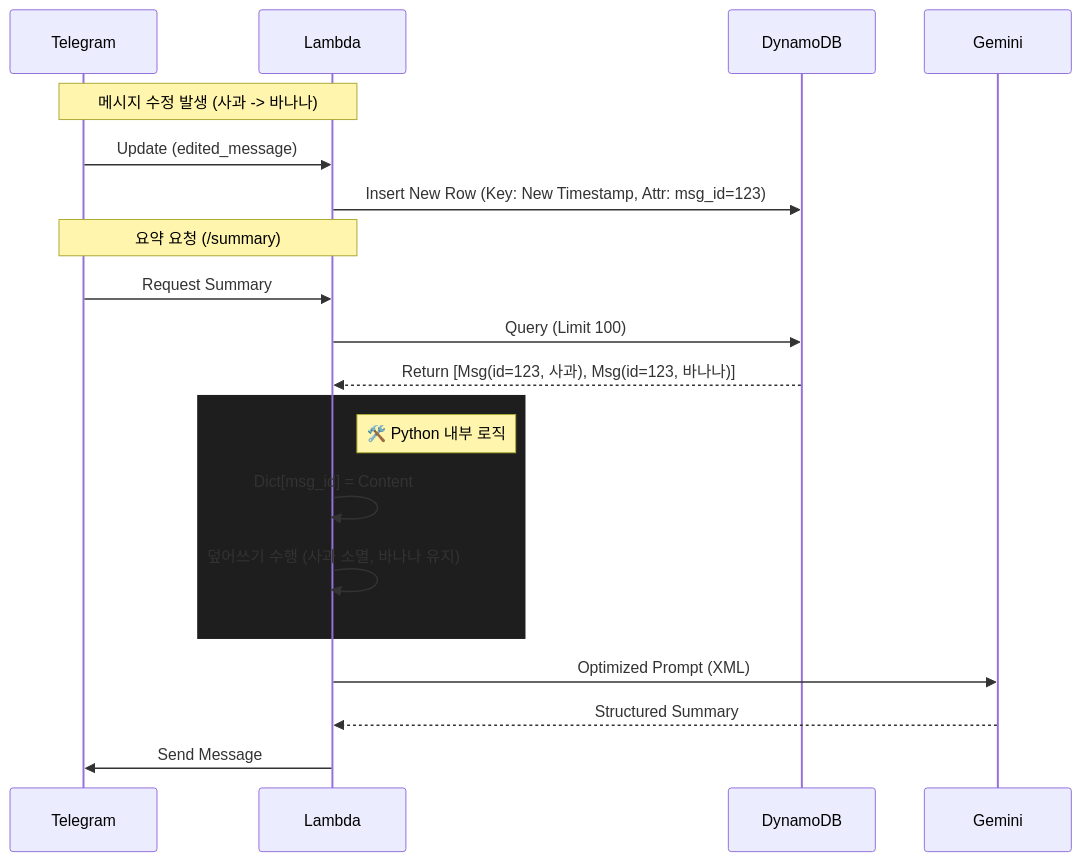
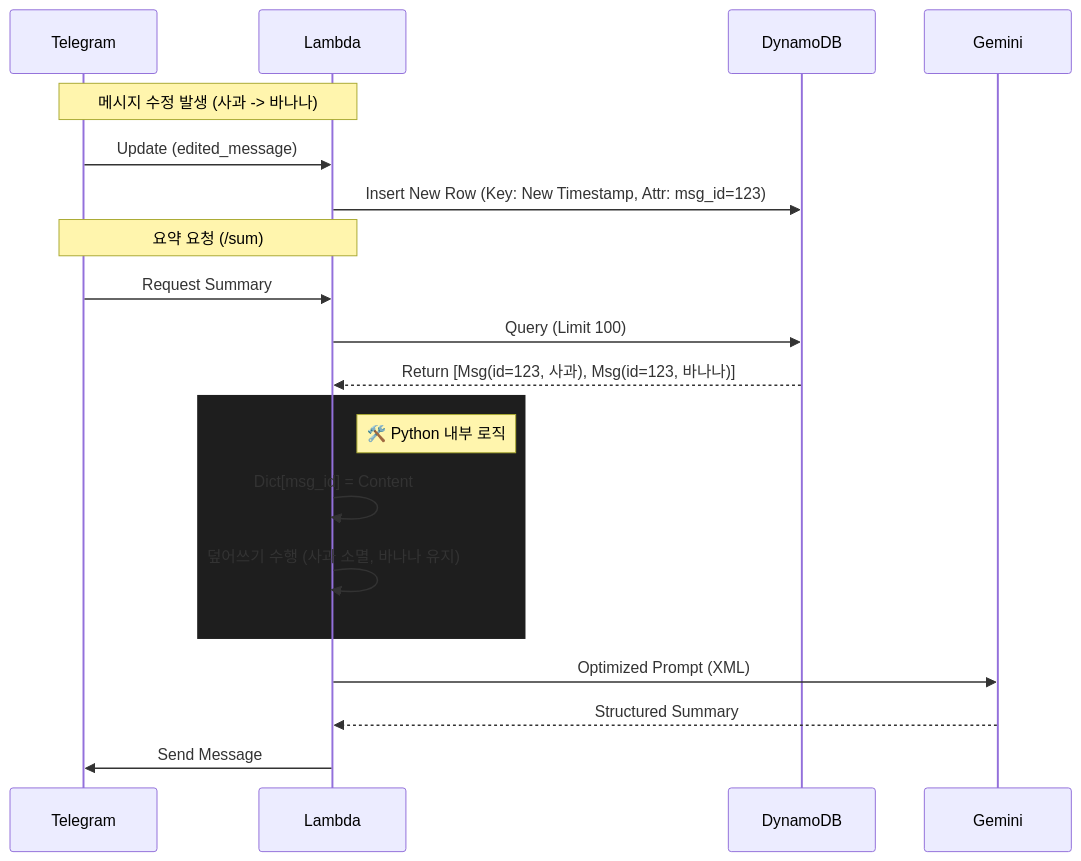
One commit to ParkSangwook-bit/telegram-summarizer-bot changed the second of 2 diagrams in README.md. Above: the diagram before and after it, drawn with Mermaid. The commit also changed other lines of this file and 2 other files, not shown here.

First line of the commit message:
feat: v1.3.0 - re-summarize buttons, media tags, /summary alias

````diff
--- a/README.md
+++ b/README.md
@@ -75,26 +77,26 @@
 ```mermaid
 sequenceDiagram
     participant T as Telegram
     participant L as Lambda
     participant D as DynamoDB
     participant G as Gemini
 
     Note over T, L: 메시지 수정 발생 (사과 -> 바나나)
     T->>L: Update (edited_message)
     L->>D: Insert New Row (Key: New Timestamp, Attr: msg_id=123)
     
-    Note over T, L: 요약 요청 (/summary)
+    Note over T, L: 요약 요청 (/sum)
     T->>L: Request Summary
     L->>D: Query (Limit 100)
     D-->>L: Return [Msg(id=123, 사과), Msg(id=123, 바나나)]
     
     rect rgb(30, 30, 30)
         Note right of L: 🛠️ Python 내부 로직
         L->>L: Dict[msg_id] = Content
         L->>L: 덮어쓰기 수행 (사과 소멸, 바나나 유지)
     end
     
     L->>G: Optimized Prompt (XML)
     G-->>L: Structured Summary
     L->>T: Send Message
 ```
````
